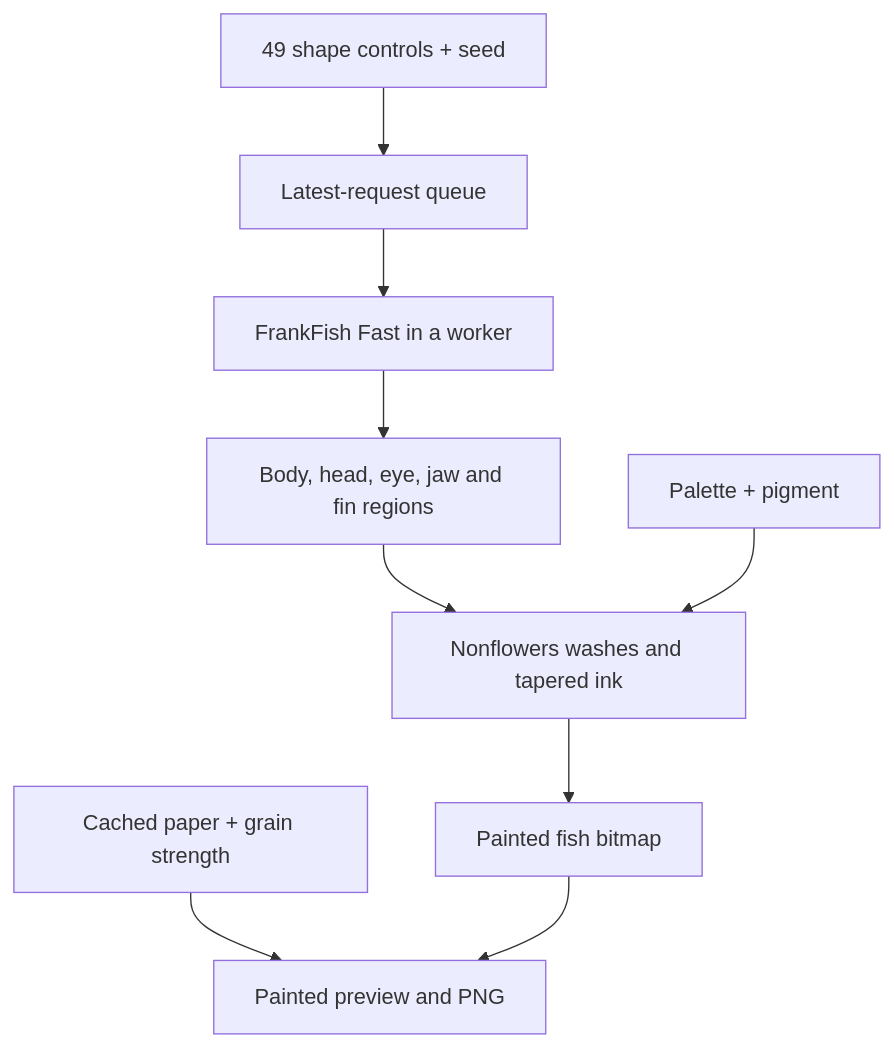
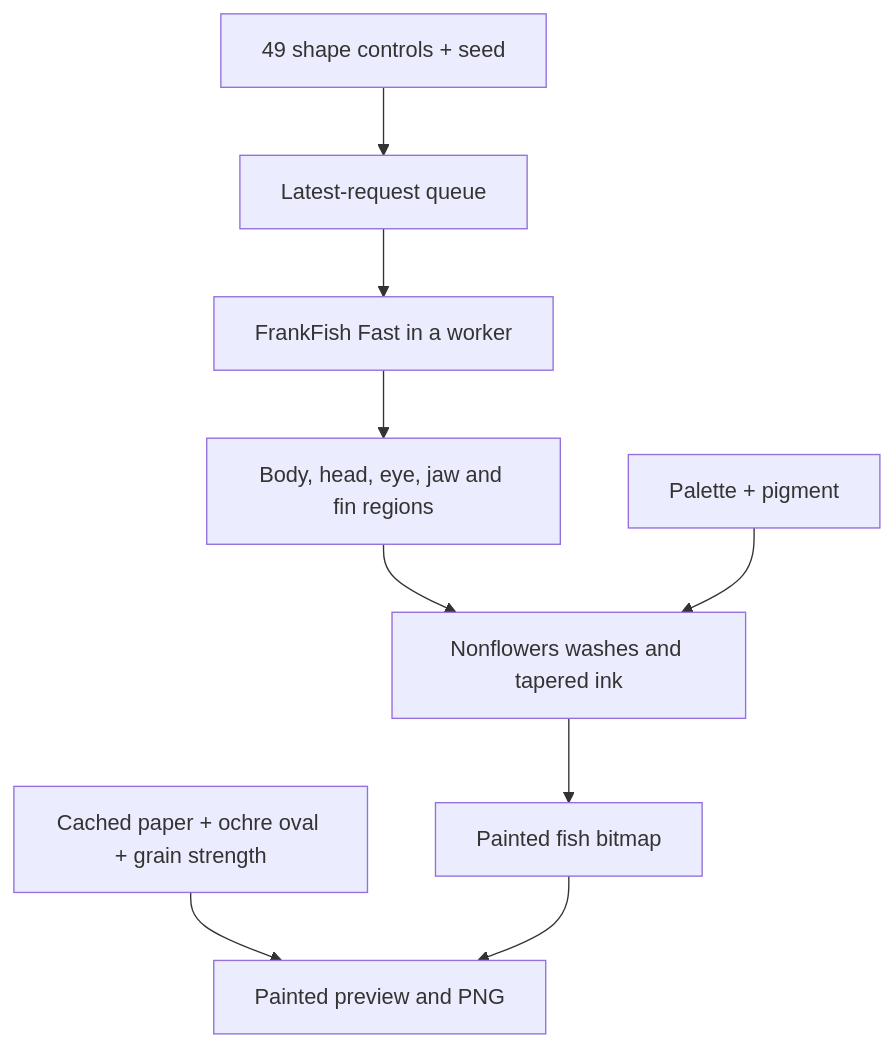
The diagram in studio/docs/ARCHITECTURE.md (FrankMarsman/PrettyFish), drawn with Mermaid before and after one commit. The commit also changed other lines of this file and 5 other files, not shown here.

First line of the commit message:
Frame Studio fish in a fixed ochre oval inspired by nonflowers

````diff
--- a/studio/docs/ARCHITECTURE.md
+++ b/studio/docs/ARCHITECTURE.md
@@ -13,11 +13,11 @@
 ```mermaid
 flowchart TD
   A[49 shape controls + seed] --> B[Latest-request queue]
   B --> C[FrankFish Fast in a worker]
   C --> D[Body, head, eye, jaw and fin regions]
   D --> E[Nonflowers washes and tapered ink]
   F[Palette + pigment] --> E
   E --> G[Painted fish bitmap]
-  H[Cached paper + grain strength] --> I[Painted preview and PNG]
+  H[Cached paper + ochre oval + grain strength] --> I[Painted preview and PNG]
   G --> I
 ```
````
